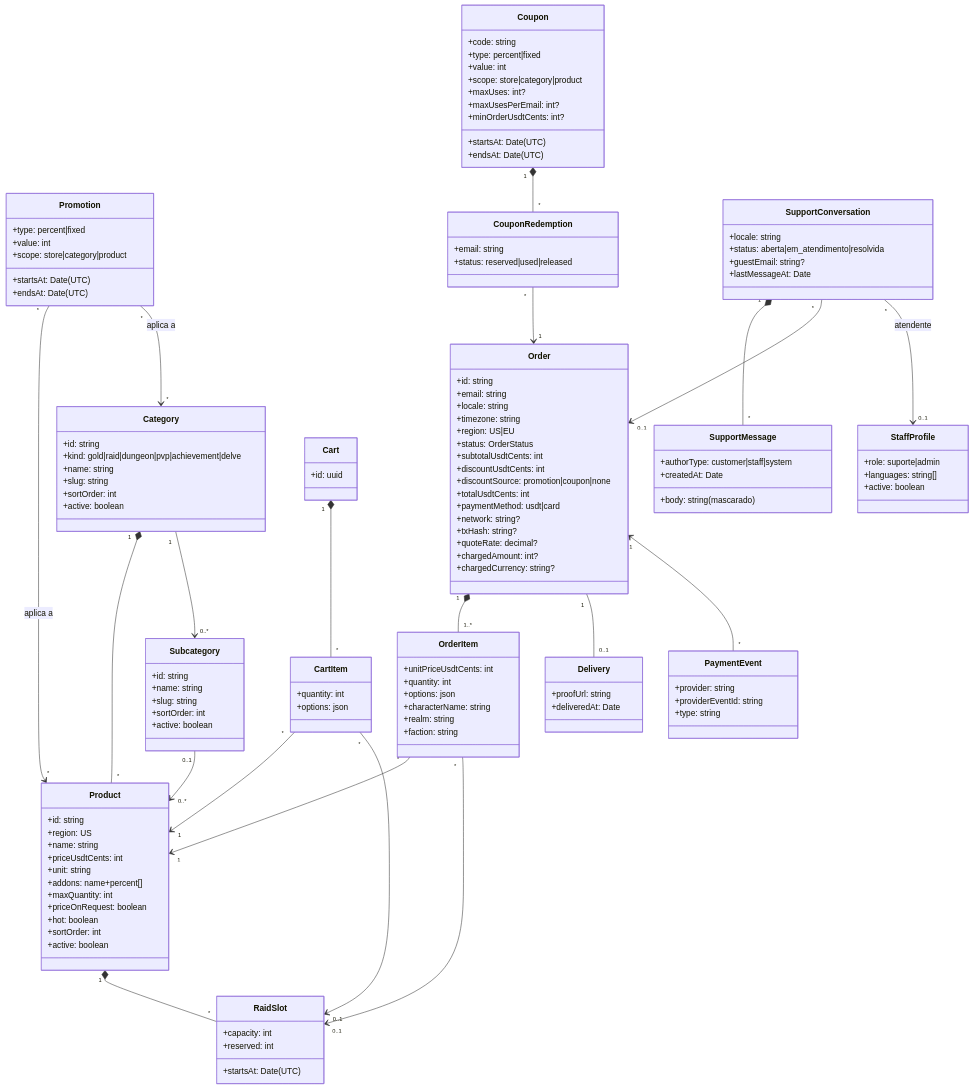
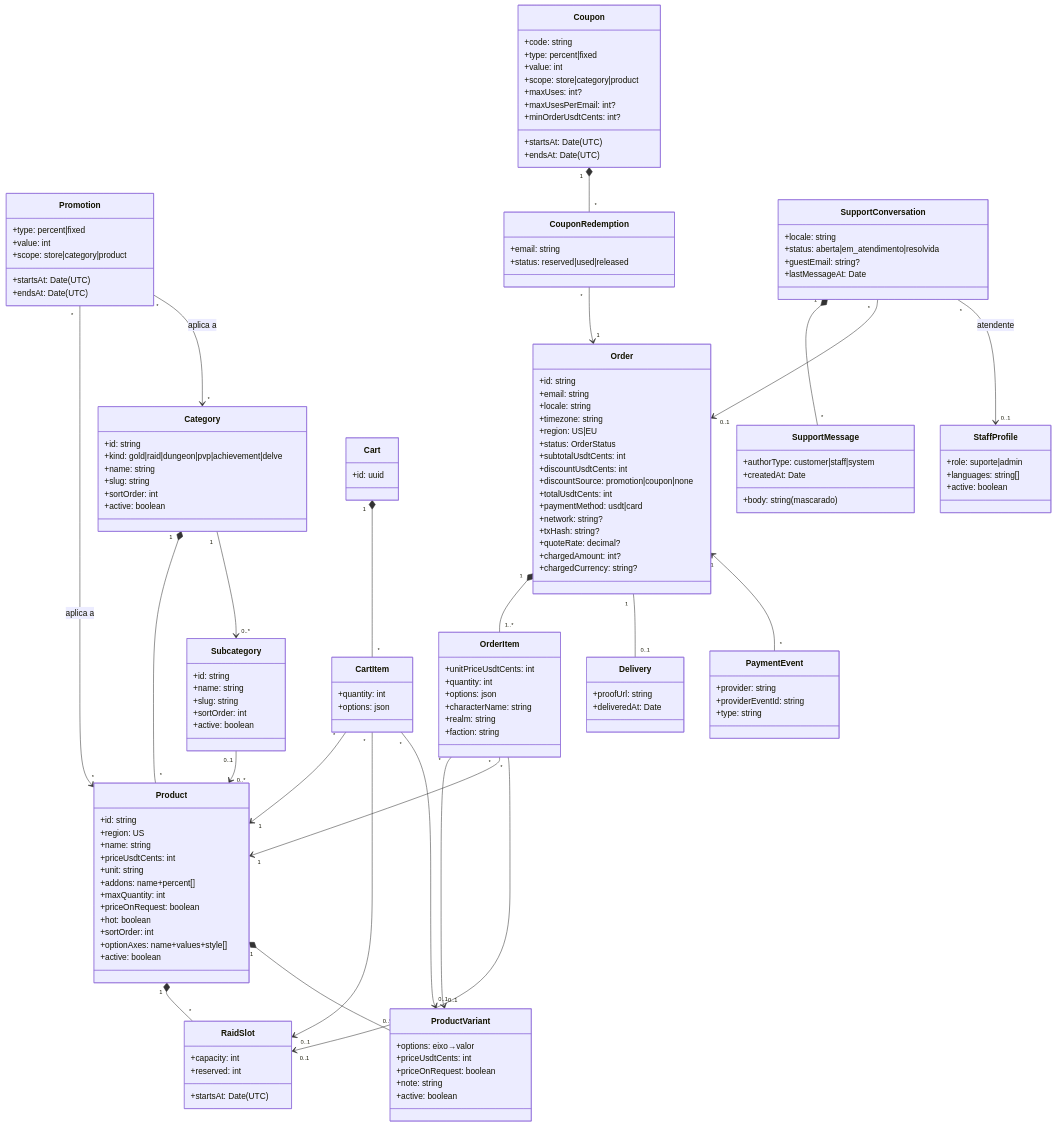
Before and after one commit to abeeyh/shop: the second of 7 diagrams in docs/06-uml.md, drawn with Mermaid. The commit also changed 49 other files, not shown here.

```diff
--- a/docs/06-uml.md
+++ b/docs/06-uml.md
@@ -63,6 +63,14 @@
     +priceOnRequest: boolean
     +hot: boolean
     +sortOrder: int
+    +optionAxes: name+values+style[]
+    +active: boolean
+  }
+  class ProductVariant {
+    +options: eixo→valor
+    +priceUsdtCents: int
+    +priceOnRequest: boolean
+    +note: string
     +active: boolean
   }
   class Promotion {
@@ -141,6 +149,9 @@
   CartItem "*" --> "1" Product
   CartItem "*" --> "0..1" RaidSlot
   Product "1" *-- "*" RaidSlot
+  Product "1" *-- "0..*" ProductVariant
+  CartItem "*" --> "0..1" ProductVariant
+  OrderItem "*" --> "0..1" ProductVariant
   Promotion "*" --> "*" Product : aplica a
   Promotion "*" --> "*" Category : aplica a
   Coupon "1" *-- "*" CouponRedemption
```
